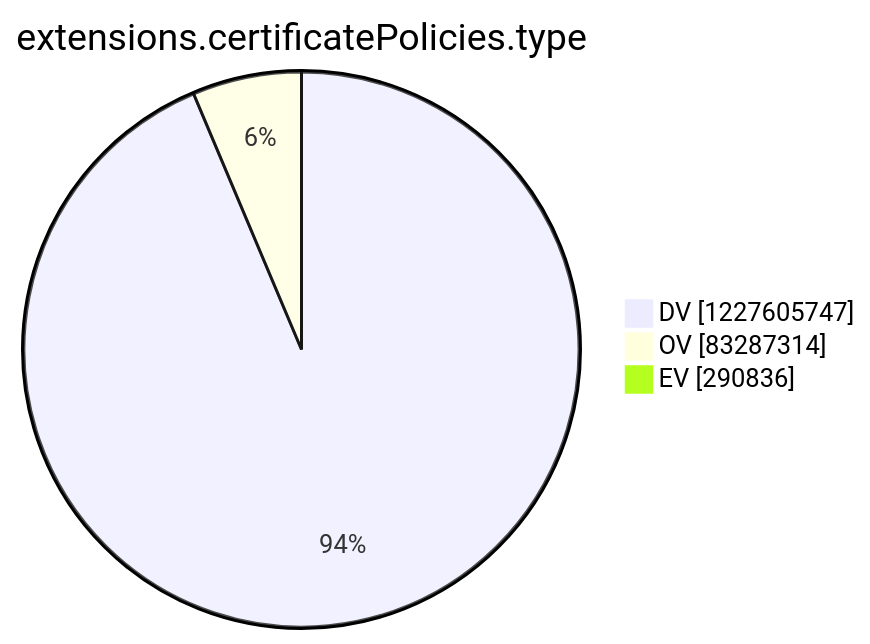
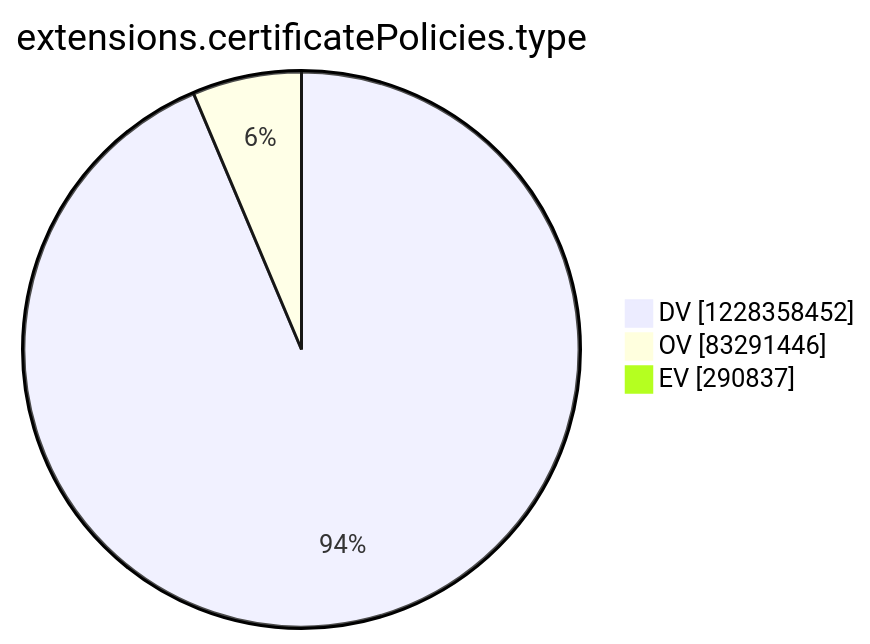
The tenth of 15 diagrams in argon2022/README.md (christiankrug/ctmonitor_visualization), drawn with Mermaid before and after one commit. The commit also changed other lines of this file, not shown here.

````diff
--- a/argon2022/README.md
+++ b/argon2022/README.md
@@ -2770,7 +2770,7 @@
 ```mermaid
 pie showData
 title extensions.certificatePolicies.type
-"DV" :1227605747
-"OV" :83287314
-"EV" :290836
+"DV" :1228358452
+"OV" :83291446
+"EV" :290837
 ```
````
